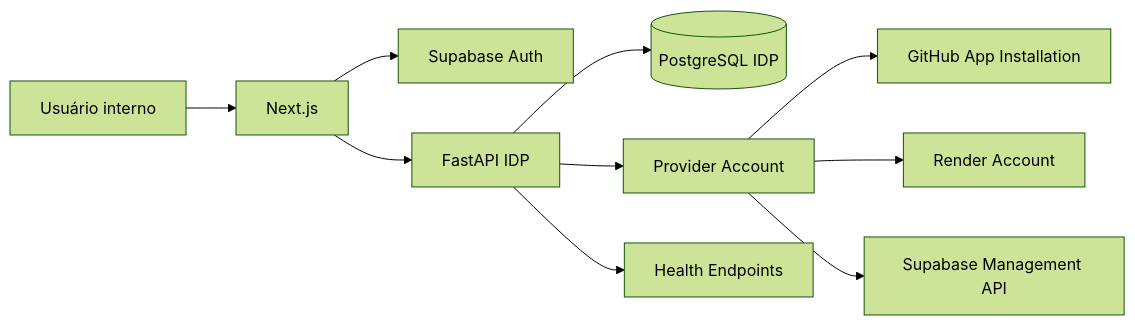
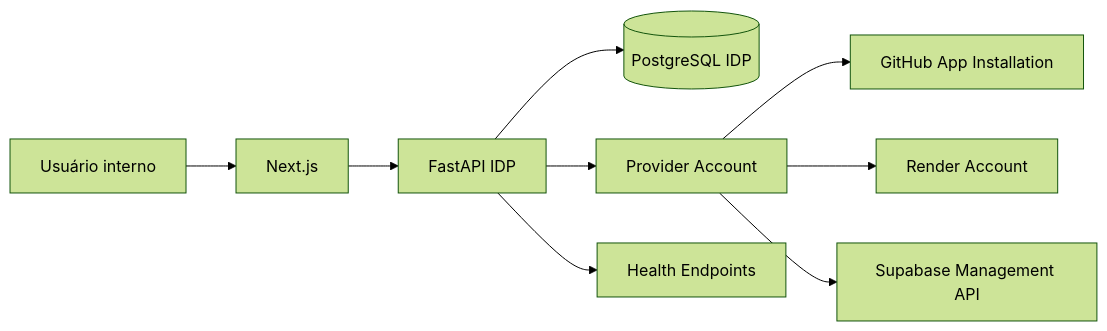
The diagram in docs/architecture.md (IDPgeneral/myIDP), drawn with Mermaid (forest theme) before and after one commit. The commit also changed other lines of this file and 16 other files, not shown here.

````diff
--- a/docs/architecture.md
+++ b/docs/architecture.md
@@ -5,12 +5,11 @@
 ```mermaid
 flowchart LR
     U[Usuário interno] --> F[Next.js]
-    F --> A[Supabase Auth]
     F --> B[FastAPI IDP]
     B --> D[(PostgreSQL IDP)]
     B --> P[Provider Account]
     P --> G[GitHub App Installation]
     P --> R[Render Account]
     P --> S[Supabase Management API]
     B --> H[Health Endpoints]
 ```
````
